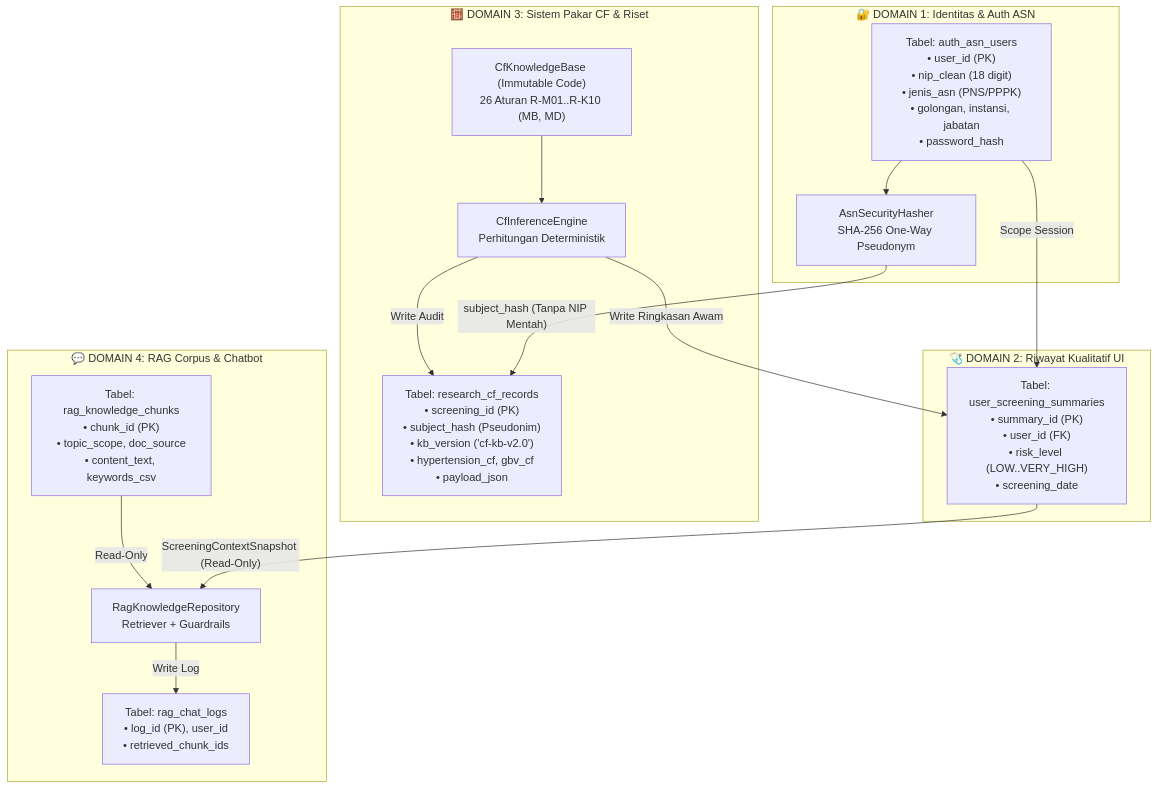
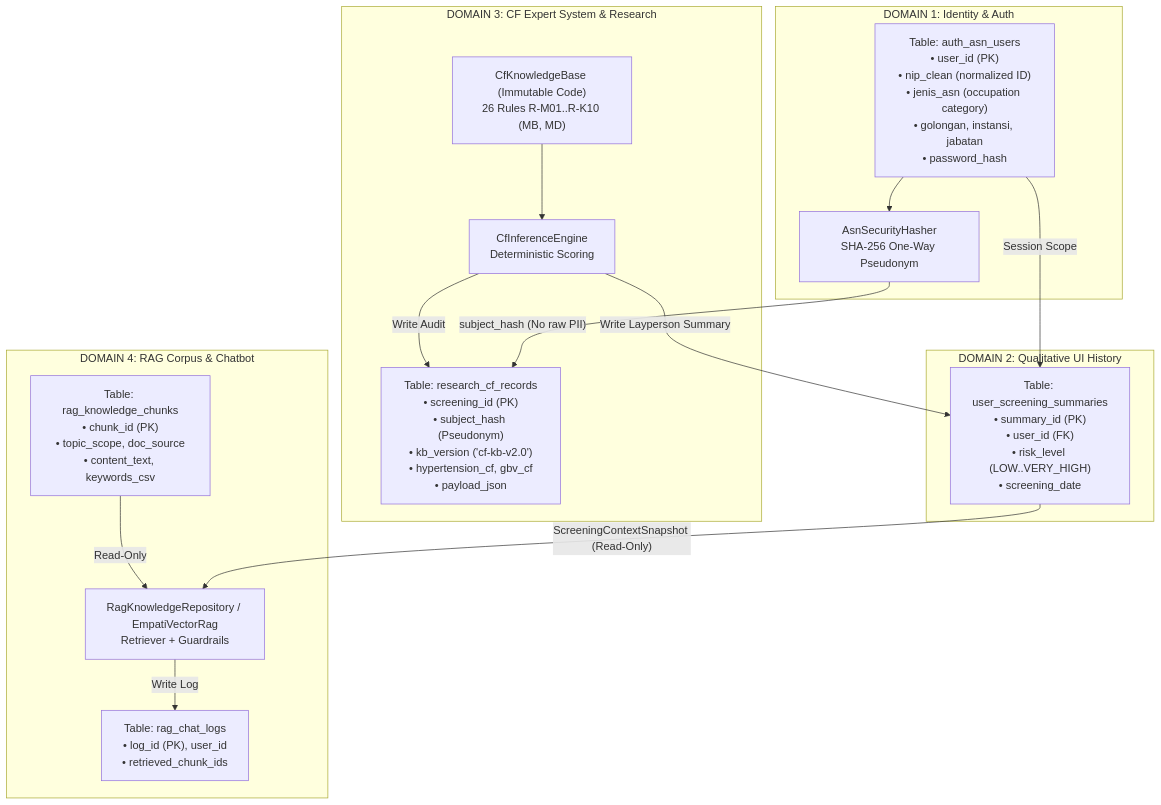
The first of 3 diagrams in DATABASE_AUTH_AND_RAG_ARCHITECTURE.md (RestlessHozy/EmpatiForLemonade), drawn with Mermaid before and after one commit. The commit also changed other lines of this file and 16 other files, not shown here.

Commit message:
docs: translate repository documentation and architecture specs to English

````diff
--- a/DATABASE_AUTH_AND_RAG_ARCHITECTURE.md
+++ b/DATABASE_AUTH_AND_RAG_ARCHITECTURE.md
@@ -49,33 +54,33 @@
 ```mermaid
 flowchart TB
-    subgraph Domain1["🔐 DOMAIN 1: Identitas & Auth ASN"]
-        A1["Tabel: auth_asn_users<br/>• user_id (PK)<br/>• nip_clean (18 digit)<br/>• jenis_asn (PNS/PPPK)<br/>• golongan, instansi, jabatan<br/>• password_hash"]
+    subgraph Domain1["DOMAIN 1: Identity & Auth"]
+        A1["Table: auth_asn_users<br/>• user_id (PK)<br/>• nip_clean (normalized ID)<br/>• jenis_asn (occupation category)<br/>• golongan, instansi, jabatan<br/>• password_hash"]
         A2["AsnSecurityHasher<br/>SHA-256 One-Way Pseudonym"]
         A1 --> A2
     end
 
-    subgraph Domain2["🩺 DOMAIN 2: Riwayat Kualitatif UI"]
-        B1["Tabel: user_screening_summaries<br/>• summary_id (PK)<br/>• user_id (FK)<br/>• risk_level (LOW..VERY_HIGH)<br/>• screening_date"]
+    subgraph Domain2["DOMAIN 2: Qualitative UI History"]
+        B1["Table: user_screening_summaries<br/>• summary_id (PK)<br/>• user_id (FK)<br/>• risk_level (LOW..VERY_HIGH)<br/>• screening_date"]
     end
 
-    subgraph Domain3["🧮 DOMAIN 3: Sistem Pakar CF & Riset"]
-        C0["CfKnowledgeBase (Immutable Code)<br/>26 Aturan R-M01..R-K10 (MB, MD)"]
-        C1["CfInferenceEngine<br/>Perhitungan Deterministik"]
-        C2["Tabel: research_cf_records<br/>• screening_id (PK)<br/>• subject_hash (Pseudonim)<br/>• kb_version ('cf-kb-v2.0')<br/>• hypertension_cf, gbv_cf<br/>• payload_json"]
+    subgraph Domain3["DOMAIN 3: CF Expert System & Research"]
+        C0["CfKnowledgeBase (Immutable Code)<br/>26 Rules R-M01..R-K10 (MB, MD)"]
+        C1["CfInferenceEngine<br/>Deterministic Scoring"]
+        C2["Table: research_cf_records<br/>• screening_id (PK)<br/>• subject_hash (Pseudonym)<br/>• kb_version ('cf-kb-v2.0')<br/>• hypertension_cf, gbv_cf<br/>• payload_json"]
         C0 --> C1
         C1 -->|Write Audit| C2
     end
 
-    subgraph Domain4["💬 DOMAIN 4: RAG Corpus & Chatbot"]
-        D1["Tabel: rag_knowledge_chunks<br/>• chunk_id (PK)<br/>• topic_scope, doc_source<br/>• content_text, keywords_csv"]
-        D2["RagKnowledgeRepository<br/>Retriever + Guardrails"]
-        D3["Tabel: rag_chat_logs<br/>• log_id (PK), user_id<br/>• retrieved_chunk_ids"]
+    subgraph Domain4["DOMAIN 4: RAG Corpus & Chatbot"]
+        D1["Table: rag_knowledge_chunks<br/>• chunk_id (PK)<br/>• topic_scope, doc_source<br/>• content_text, keywords_csv"]
+        D2["RagKnowledgeRepository / EmpatiVectorRag<br/>Retriever + Guardrails"]
+        D3["Table: rag_chat_logs<br/>• log_id (PK), user_id<br/>• retrieved_chunk_ids"]
         D1 -->|Read-Only| D2
         D2 -->|Write Log| D3
     end
 
-    A1 -->|Scope Session| B1
-    A2 -->|"subject_hash (Tanpa NIP Mentah)"| C2
-    C1 -->|Write Ringkasan Awam| B1
+    A1 -->|Session Scope| B1
+    A2 -->|"subject_hash (No raw PII)"| C2
+    C1 -->|Write Layperson Summary| B1
     B1 -->|"ScreeningContextSnapshot (Read-Only)"| D2
 ```
````
